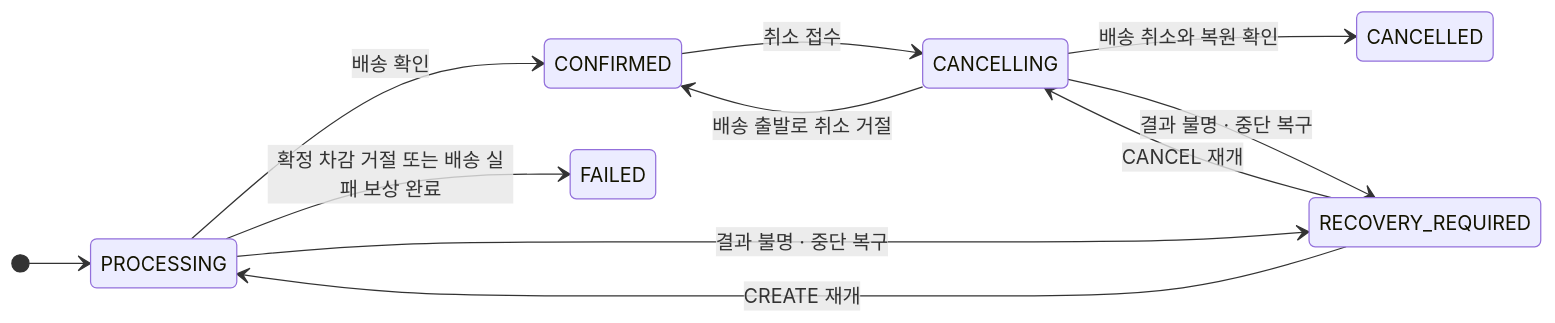
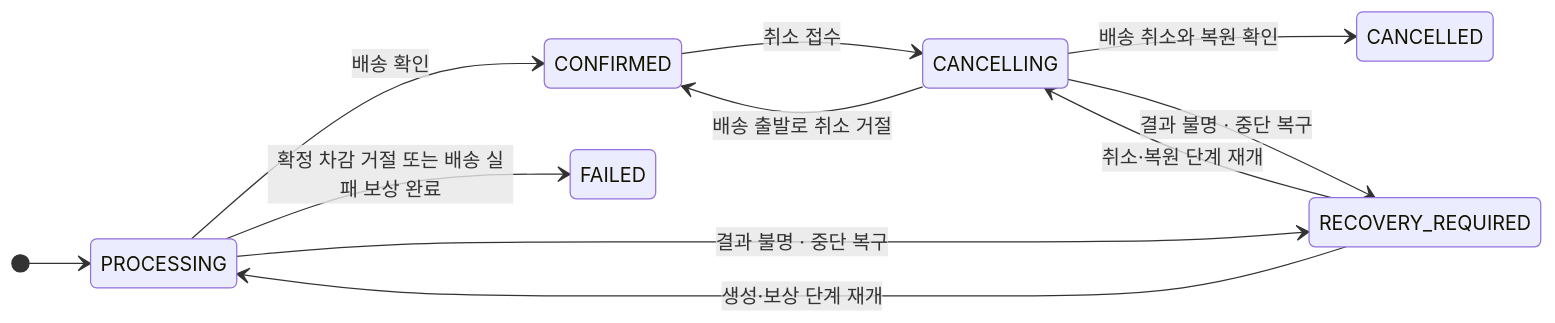
The third of 4 diagrams in orders/README.md (404notfound-team/logistics-msa), drawn with Mermaid before and after one commit. The commit also changed other lines of this file and 17 other files, not shown here.

````diff
--- a/orders/README.md
+++ b/orders/README.md
@@ -91,14 +91,14 @@
 ```mermaid
 stateDiagram-v2
     direction LR
     [*] --> PROCESSING
     PROCESSING --> CONFIRMED: 배송 확인
     PROCESSING --> FAILED: 확정 차감 거절 또는 배송 실패 보상 완료
     PROCESSING --> RECOVERY_REQUIRED: 결과 불명 · 중단 복구
     CONFIRMED --> CANCELLING: 취소 접수
     CANCELLING --> CANCELLED: 배송 취소와 복원 확인
     CANCELLING --> CONFIRMED: 배송 출발로 취소 거절
     CANCELLING --> RECOVERY_REQUIRED: 결과 불명 · 중단 복구
-    RECOVERY_REQUIRED --> PROCESSING: CREATE 재개
-    RECOVERY_REQUIRED --> CANCELLING: CANCEL 재개
+    RECOVERY_REQUIRED --> PROCESSING: 생성·보상 단계 재개
+    RECOVERY_REQUIRED --> CANCELLING: 취소·복원 단계 재개
 ```
````
